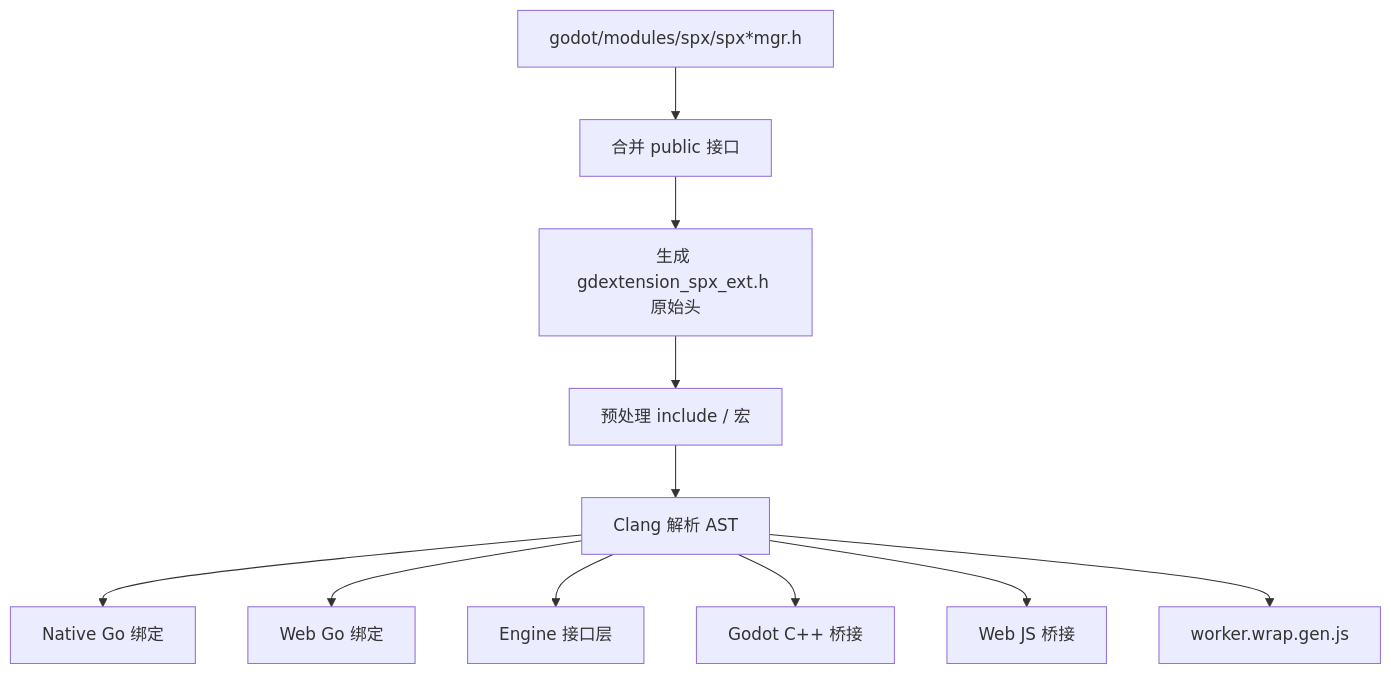
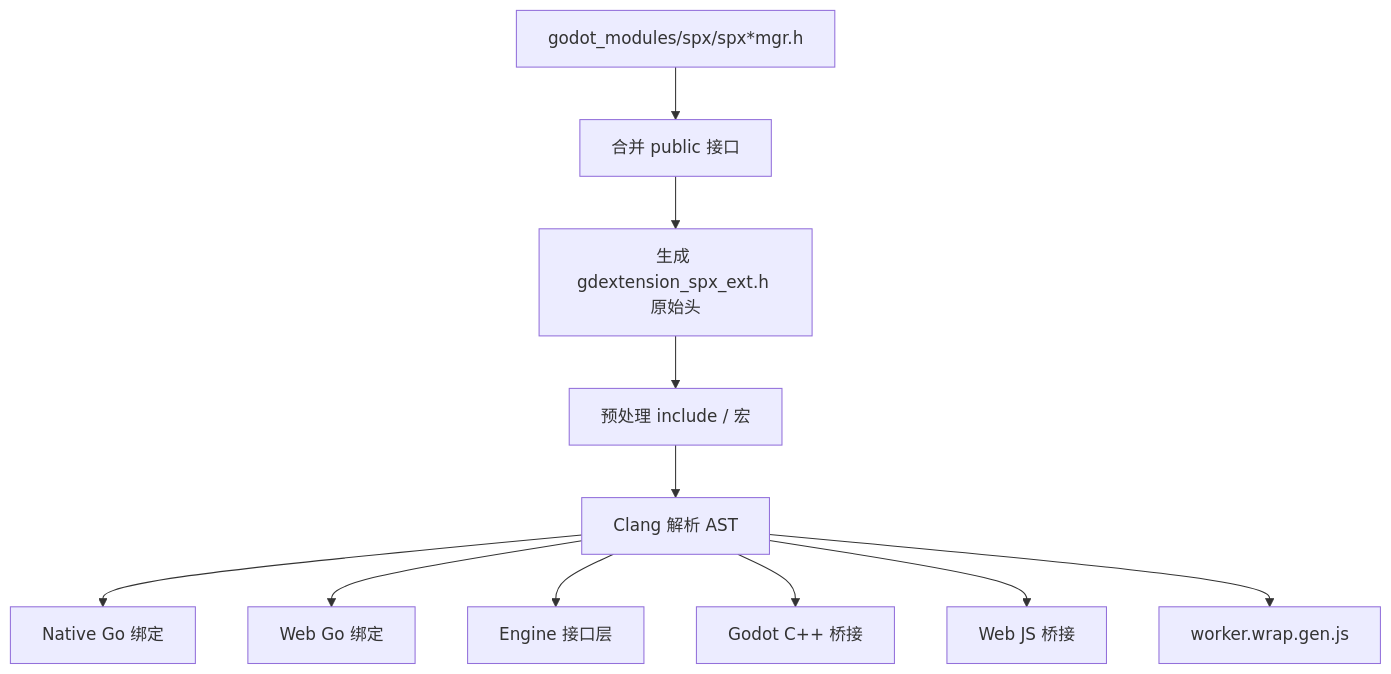
One commit to goplus/spx changed the diagram in docs/zh/dev/engine/code_generator.md. Above: the diagram before and after it, drawn with Mermaid. The commit also changed other lines of this file and 371 other files, not shown here.

First line of the commit message:
refactor(godot): externalize SPX runtime module build: streamline external SPX runtime builds and releases

````diff
--- a/docs/zh/dev/engine/code_generator.md
+++ b/docs/zh/dev/engine/code_generator.md
@@ -43,13 +43,13 @@
 ```mermaid
 graph TD
-    A[godot/modules/spx/spx*mgr.h] --> B[合并 public 接口]
+    A[godot_modules/spx/spx*mgr.h] --> B[合并 public 接口]
     B --> C[生成 gdextension_spx_ext.h 原始头]
     C --> D[预处理 include / 宏]
     D --> E[Clang 解析 AST]
     E --> F[Native Go 绑定]
     E --> G[Web Go 绑定]
     E --> H[Engine 接口层]
     E --> I[Godot C++ 桥接]
     E --> J[Web JS 桥接]
     E --> K[worker.wrap.gen.js]
 ```
````
